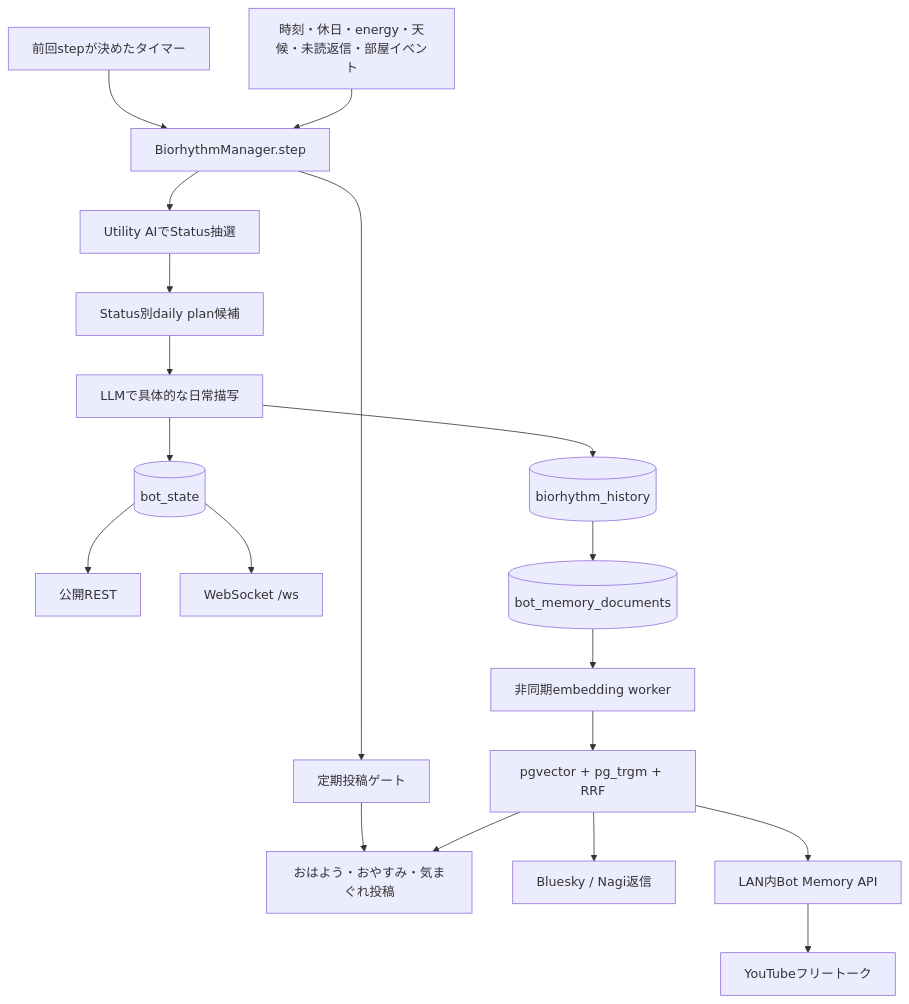
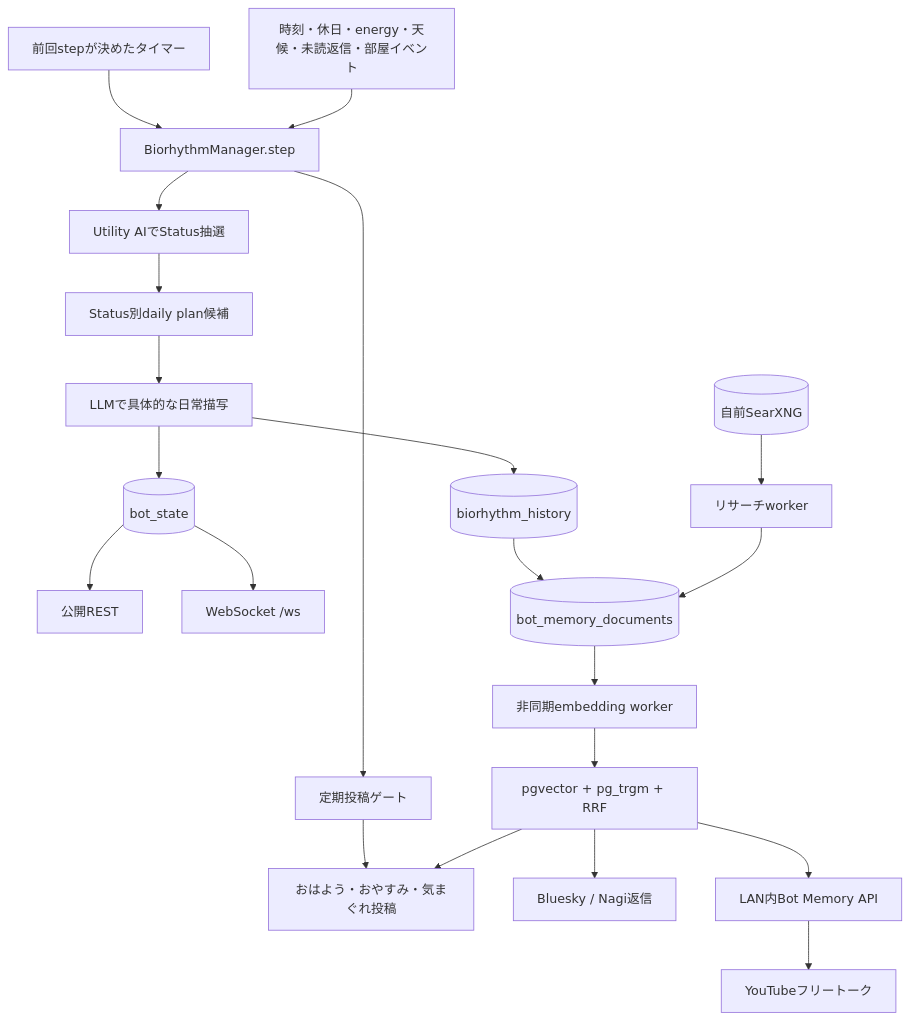
One commit to suibari/bot-tan-core changed the diagram in apps/biorhythm_server/README.md. Above: the diagram before and after it, drawn with Mermaid. The commit also changed other lines of this file and 20 other files, not shown here.

````diff
--- a/apps/biorhythm_server/README.md
+++ b/apps/biorhythm_server/README.md
@@ -9,21 +9,23 @@
 ```mermaid
 flowchart TD
   Timer[前回stepが決めたタイマー] --> Step[BiorhythmManager.step]
   Signals[時刻・休日・energy・天候・未読返信・部屋イベント] --> Step
   Step --> Utility[Utility AIでStatus抽選]
   Utility --> Plan[Status別daily plan候補]
   Plan --> LLM[LLMで具体的な日常描写]
   LLM --> History[(biorhythm_history)]
   LLM --> State[(bot_state)]
   State --> REST[公開REST]
   State --> WS[WebSocket /ws]
   History --> Memory[(bot_memory_documents)]
   Step --> Gate[定期投稿ゲート]
   Gate --> Scheduled[おはよう・おやすみ・気まぐれ投稿]
   Memory --> Embed[非同期embedding worker]
+  Research[リサーチworker] --> Memory
+  SearXNG[(自前SearXNG)] --> Research
   Embed --> Search[pgvector + pg_trgm + RRF]
   Search --> Reply[Bluesky / Nagi返信]
   Search --> Scheduled
   Search --> Internal[LAN内Bot Memory API]
   Internal --> YouTube[YouTubeフリートーク]
 ```
````
